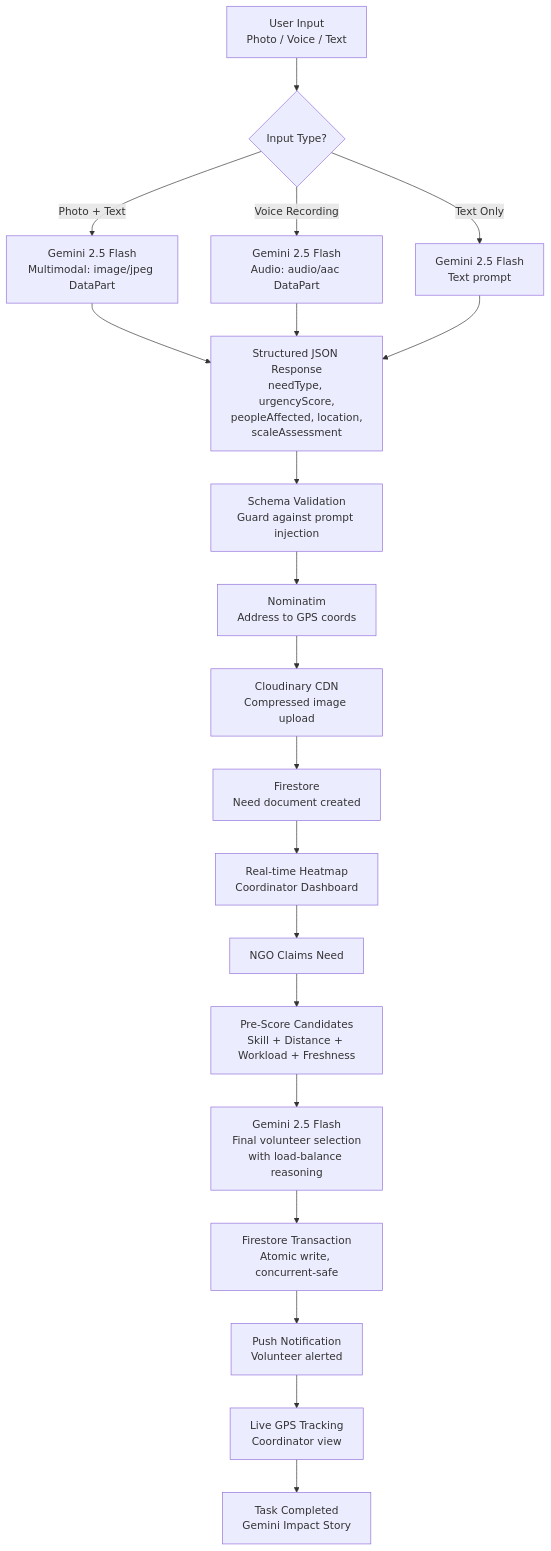
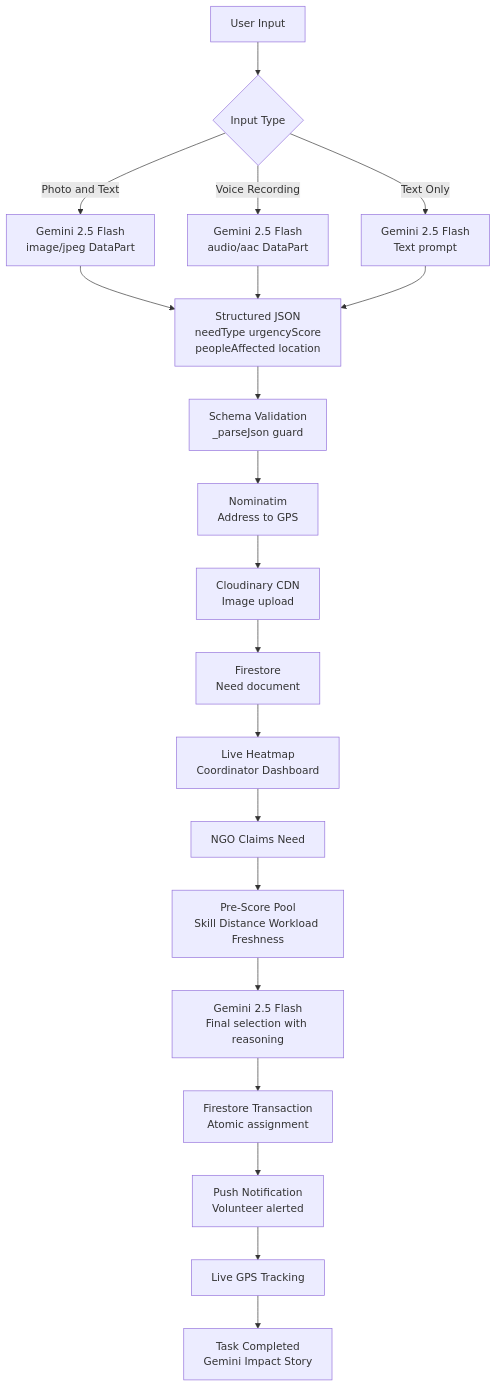
One commit to ayanokojix21/Sevak-AI changed the first of 4 diagrams in README.md. Above: the diagram before and after it, drawn with Mermaid. The commit also changed other lines of this file, not shown here.

Commit message:
docs(readme): fix Mermaid diagrams, add Future Improvements, gemini-2.5-flash throughout

````diff
--- a/README.md
+++ b/README.md
@@ -134,22 +127,22 @@
 ```mermaid
 flowchart TD
-    A["User Input\nPhoto / Voice / Text"] --> B{"Input Type?"}
-    B -- "Photo + Text" --> C["Gemini 2.5 Flash\nMultimodal: image/jpeg DataPart"]
-    B -- "Voice Recording" --> D["Gemini 2.5 Flash\nAudio: audio/aac DataPart"]
-    B -- "Text Only" --> E["Gemini 2.5 Flash\nText prompt"]
-    C --> F["Structured JSON Response\nneedType, urgencyScore,\npeopleAffected, location,\nscaleAssessment"]
+    A[User Input] --> B{Input Type}
+    B -->|Photo and Text| C[Gemini 2.5 Flash\nimage/jpeg DataPart]
+    B -->|Voice Recording| D[Gemini 2.5 Flash\naudio/aac DataPart]
+    B -->|Text Only| E[Gemini 2.5 Flash\nText prompt]
+    C --> F[Structured JSON\nneedType urgencyScore\npeopleAffected location]
     D --> F
     E --> F
-    F --> G["Schema Validation\nGuard against prompt injection"]
-    G --> H["Nominatim\nAddress to GPS coords"]
-    H --> I["Cloudinary CDN\nCompressed image upload"]
-    I --> J["Firestore\nNeed document created"]
-    J --> K["Real-time Heatmap\nCoordinator Dashboard"]
-    K --> L["NGO Claims Need"]
-    L --> M["Pre-Score Candidates\nSkill + Distance + Workload + Freshness"]
-    M --> N["Gemini 2.5 Flash\nFinal volunteer selection\nwith load-balance reasoning"]
-    N --> O["Firestore Transaction\nAtomic write, concurrent-safe"]
-    O --> P["Push Notification\nVolunteer alerted"]
-    P --> Q["Live GPS Tracking\nCoordinator view"]
-    Q --> R["Task Completed\nGemini Impact Story"]
+    F --> G[Schema Validation\n_parseJson guard]
+    G --> H[Nominatim\nAddress to GPS]
+    H --> I[Cloudinary CDN\nImage upload]
+    I --> J[Firestore\nNeed document]
+    J --> K[Live Heatmap\nCoordinator Dashboard]
+    K --> L[NGO Claims Need]
+    L --> M[Pre-Score Pool\nSkill Distance Workload Freshness]
+    M --> N[Gemini 2.5 Flash\nFinal selection with reasoning]
+    N --> O[Firestore Transaction\nAtomic assignment]
+    O --> P[Push Notification\nVolunteer alerted]
+    P --> Q[Live GPS Tracking]
+    Q --> R[Task Completed\nGemini Impact Story]
 ```
````
